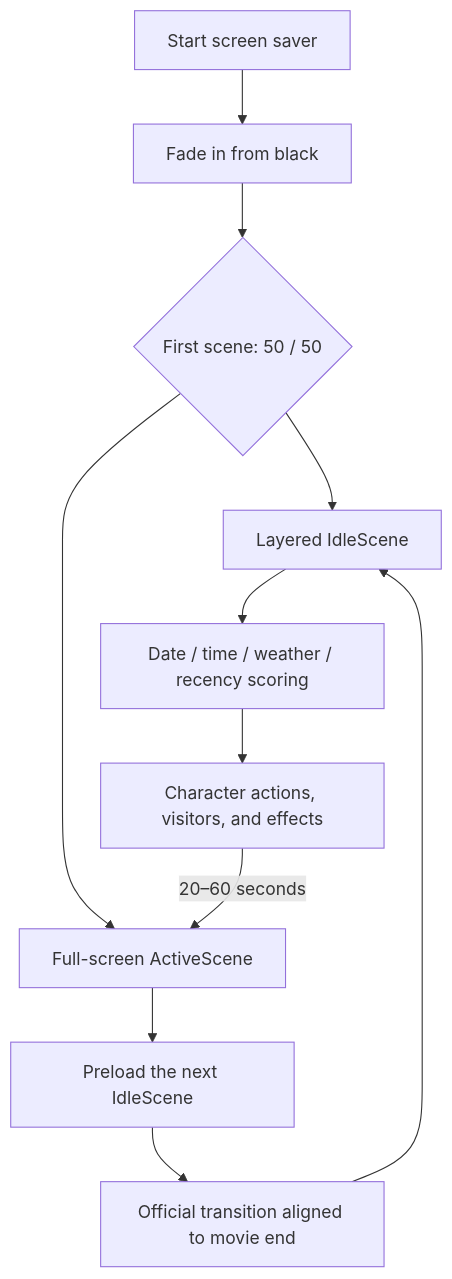
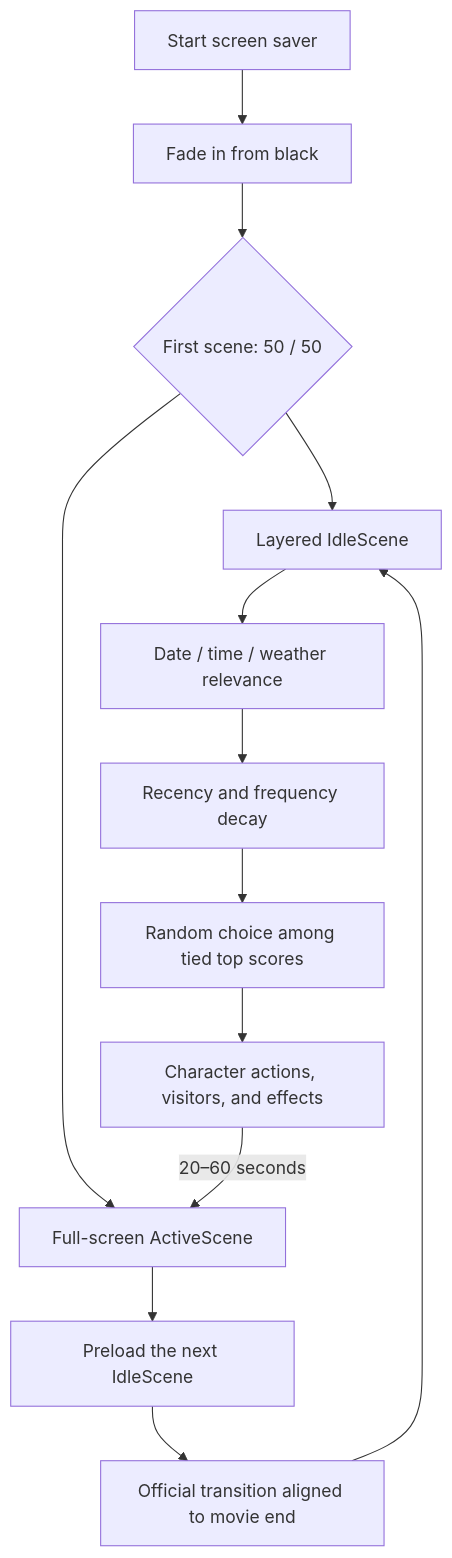
One commit to Cyber-Yichen/Snoopy-Saver changed the diagram in README_EN.md. Above: the diagram before and after it, drawn with Mermaid. The commit also changed other lines of this file and 32 other files, not shown here.

````diff
--- a/README_EN.md
+++ b/README_EN.md
@@ -71,13 +73,15 @@
 ```mermaid
 flowchart TD
     A[Start screen saver] --> B[Fade in from black]
     B --> C{First scene: 50 / 50}
     C --> D[Layered IdleScene]
     C --> E[Full-screen ActiveScene]
-    D --> F[Date / time / weather / recency scoring]
-    F --> G[Character actions, visitors, and effects]
+    D --> F[Date / time / weather relevance]
+    F --> J[Recency and frequency decay]
+    J --> K[Random choice among tied top scores]
+    K --> G[Character actions, visitors, and effects]
     G -->|20–60 seconds| E
     E --> H[Preload the next IdleScene]
     H --> I[Official transition aligned to movie end]
     I --> D
 ```
````
